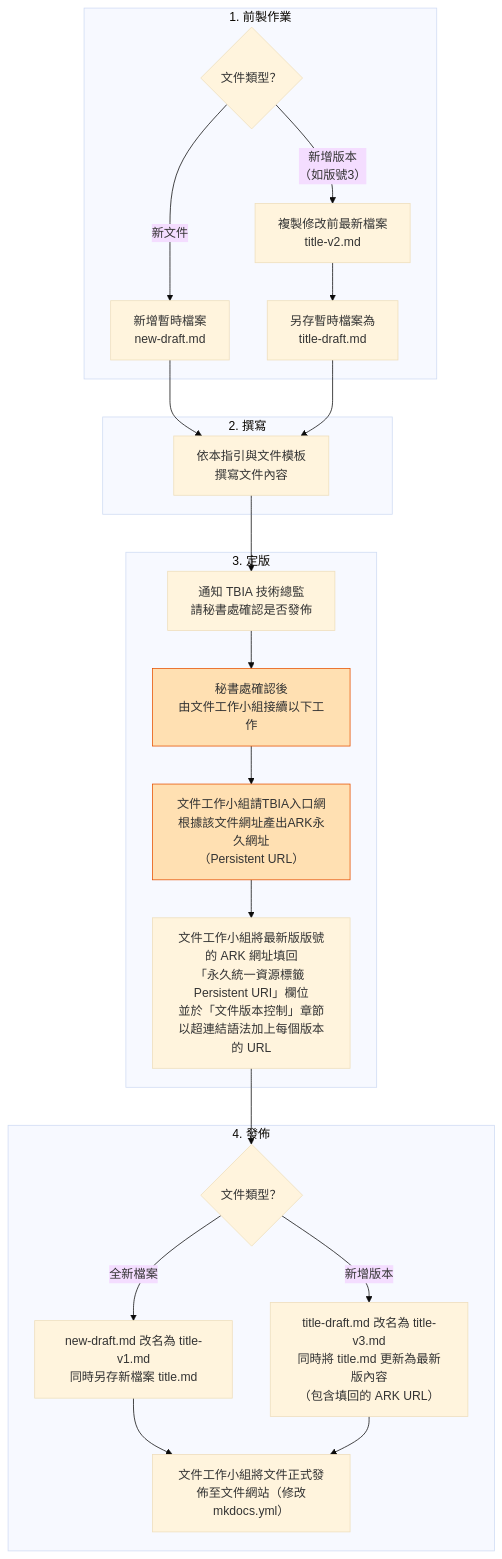
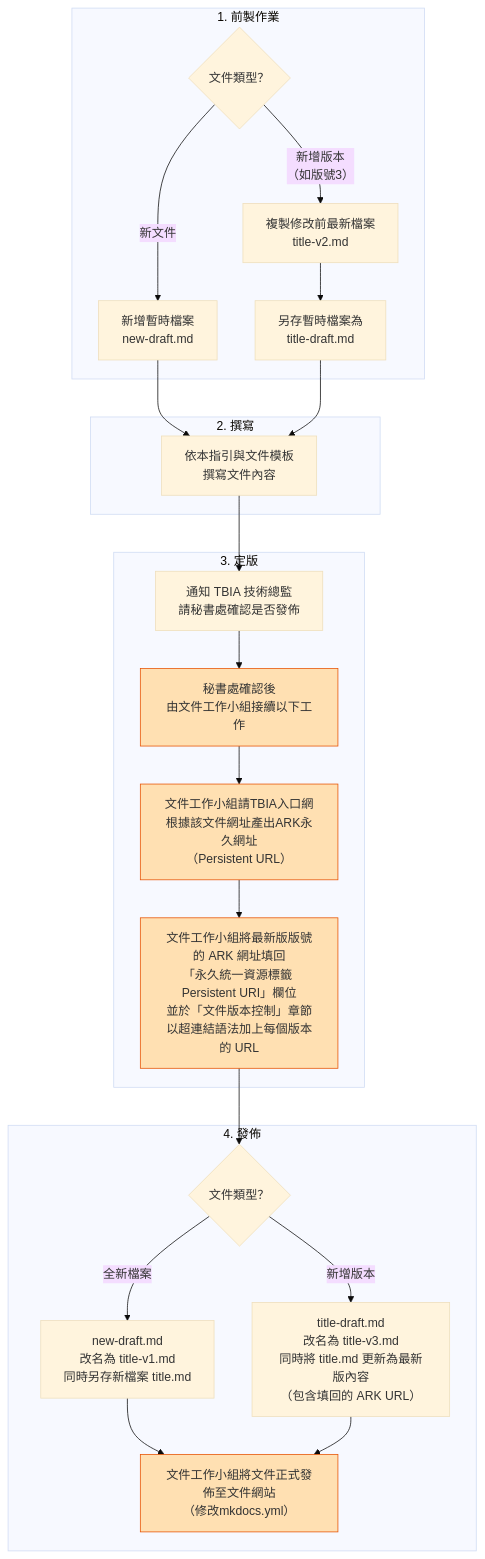
Before and after one commit to TBIA/docs: the diagram in docs/document_guidelines-draft.md, drawn with Mermaid (base theme).

````diff
--- a/docs/document_guidelines-draft.md
+++ b/docs/document_guidelines-draft.md
@@ -71,41 +71,41 @@
 ```mermaid
 flowchart TD
     subgraph prep["1. 前製作業"]
         A0{"文件類型？"}
         A0 -- 新文件 --> A1["新增暫時檔案<br/>new-draft.md"]
         A0 -- 新增版本<br/>（如版號3） --> A2["複製修改前最新檔案<br/>title-v2.md"] --> A3["另存暫時檔案為<br/>title-draft.md"]
     end
 
     A1 --> W1
     A3 --> W1
 
     subgraph write["2. 撰寫"]
         W1["依本指引與文件模板<br/>撰寫文件內容"]
     end
 
     W1 --> F1
 
     subgraph final["3. 定版"]
         F1["通知 TBIA 技術總監<br/>請秘書處確認是否發佈"] --> F2["秘書處確認後<br/>由文件工作小組接續以下工作"]
         F2 --> F3["文件工作小組請TBIA入口網<br/>根據該文件網址產出ARK永久網址<br/>（Persistent URL）"]
         F3 --> F4["文件工作小組將最新版版號的 ARK 網址填回<br/>「永久統一資源標籤 Persistent URI」欄位<br/>並於「文件版本控制」章節<br/>以超連結語法加上每個版本的 URL"]
     end
 
     F4 --> P0
 
     subgraph publish["4. 發佈"]
         P0{"文件類型？"}
-        P0 -- 全新檔案 --> P1["new-draft.md 改名為 title-v1.md<br/>同時另存新檔案 title.md"]
-        P0 -- 新增版本 --> P2["title-draft.md 改名為 title-v3.md<br/>同時將 title.md 更新為最新版內容<br/>（包含填回的 ARK URL）"]
+        P0 -- 全新檔案 --> P1["new-draft.md<br/>改名為 title-v1.md<br/>同時另存新檔案 title.md"]
+        P0 -- 新增版本 --> P2["title-draft.md<br/>改名為 title-v3.md<br/>同時將 title.md 更新為最新版內容<br/>（包含填回的 ARK URL）"]
         P1 --> Z0
         P2 --> Z0
 
-        Z0["文件工作小組將文件正式發佈至文件網站（修改mkdocs.yml）"]
+        Z0["文件工作小組將文件正式發佈至文件網站<br/>（修改mkdocs.yml）"]
 
     end
 
     
 
     classDef staff fill:#ffe0b2,stroke:#e65100,color:#333
-    class F2,F3 staff
+    class F2,F3,F4,Z0 staff
 ```
````
